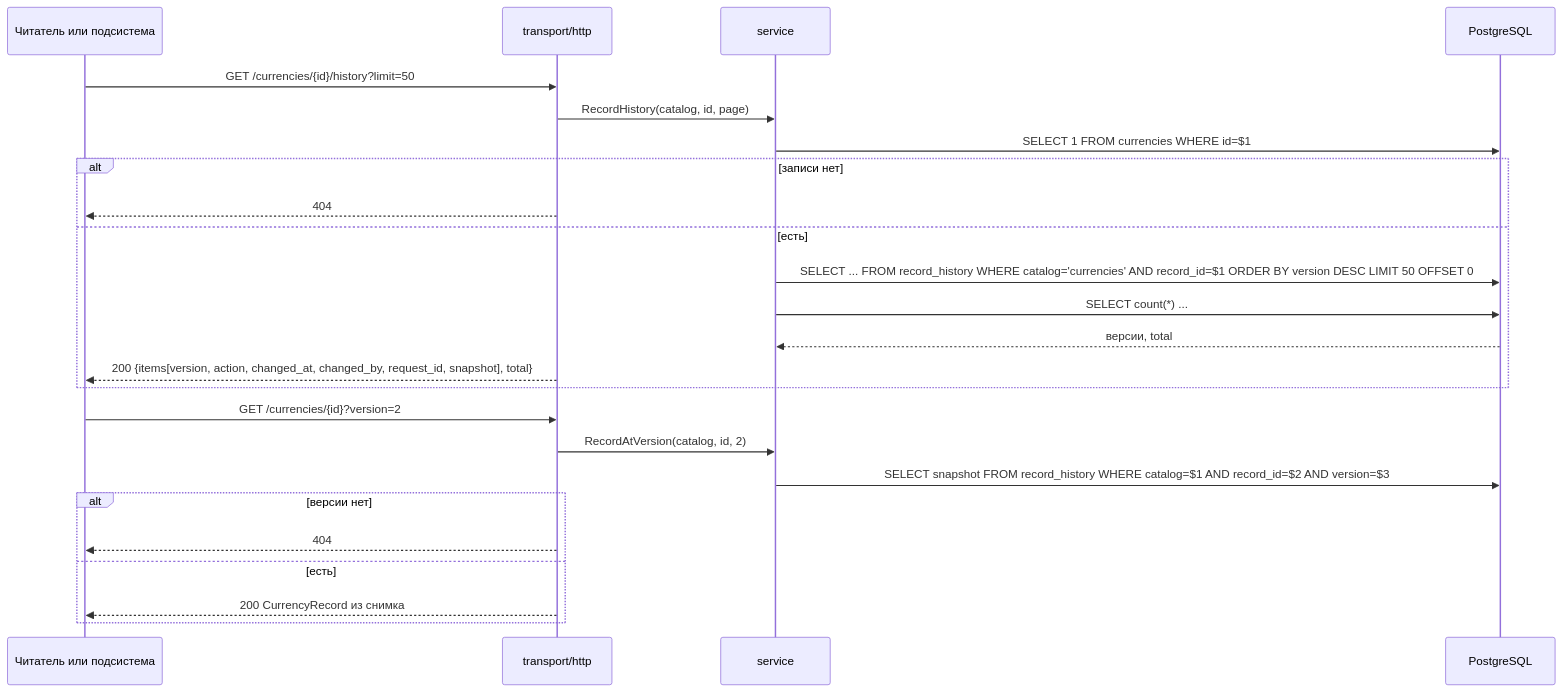
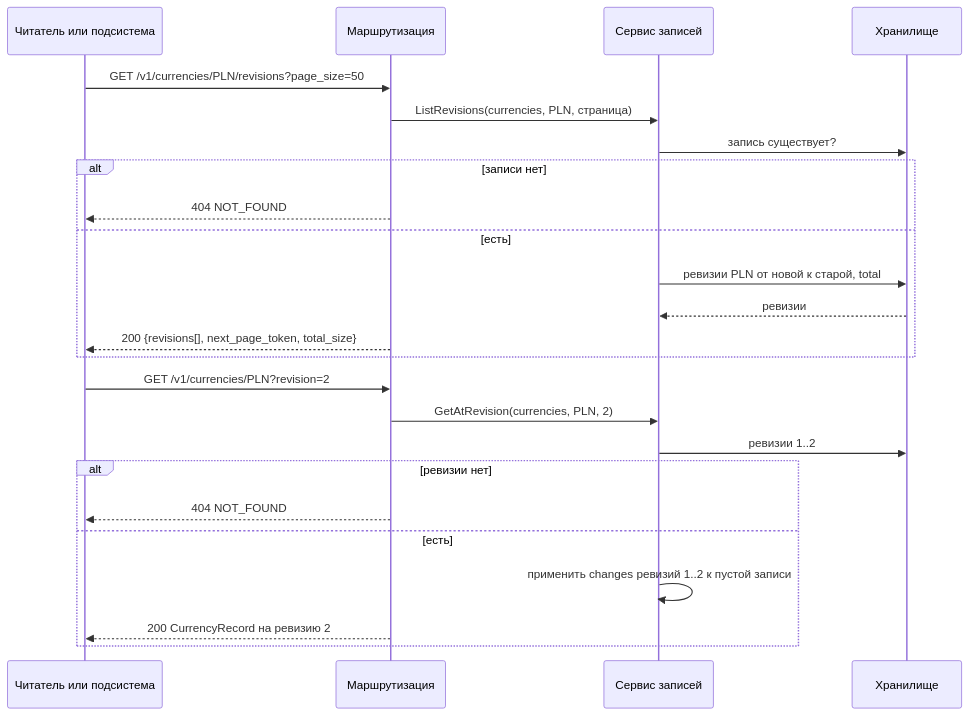
The seventh of 7 diagrams in reference-manager/docs/block-i-integration-and-deployment/155.sequence-diagrams.md (MEPhI-C22-501/arch-info-system-monorepo), drawn with Mermaid before and after one commit. The commit also changed other lines of this file and 30 other files, not shown here.

````diff
--- a/reference-manager/docs/block-i-integration-and-deployment/155.sequence-diagrams.md
+++ b/reference-manager/docs/block-i-integration-and-deployment/155.sequence-diagrams.md
@@ -227,26 +216,26 @@
 ```mermaid
 sequenceDiagram
     participant C as Читатель или подсистема
-    participant H as transport/http
-    participant S as service
-    participant DB as PostgreSQL
-    C->>H: GET /currencies/{id}/history?limit=50
-    H->>S: RecordHistory(catalog, id, page)
-    S->>DB: SELECT 1 FROM currencies WHERE id=$1
+    participant H as Маршрутизация
+    participant S as Сервис записей
+    participant R as Хранилище
+    C->>H: GET /v1/currencies/PLN/revisions?page_size=50
+    H->>S: ListRevisions(currencies, PLN, страница)
+    S->>R: запись существует?
     alt записи нет
-        H-->>C: 404
+        H-->>C: 404 NOT_FOUND
     else есть
-        S->>DB: SELECT ... FROM record_history WHERE catalog='currencies' AND record_id=$1 ORDER BY version DESC LIMIT 50 OFFSET 0
-        S->>DB: SELECT count(*) ...
-        DB-->>S: версии, total
-        H-->>C: 200 {items[version, action, changed_at, changed_by, request_id, snapshot], total}
+        S->>R: ревизии PLN от новой к старой, total
+        R-->>S: ревизии
+        H-->>C: 200 {revisions[], next_page_token, total_size}
     end
-    C->>H: GET /currencies/{id}?version=2
-    H->>S: RecordAtVersion(catalog, id, 2)
-    S->>DB: SELECT snapshot FROM record_history WHERE catalog=$1 AND record_id=$2 AND version=$3
-    alt версии нет
-        H-->>C: 404
+    C->>H: GET /v1/currencies/PLN?revision=2
+    H->>S: GetAtRevision(currencies, PLN, 2)
+    S->>R: ревизии 1..2
+    alt ревизии нет
+        H-->>C: 404 NOT_FOUND
     else есть
-        H-->>C: 200 CurrencyRecord из снимка
+        S->>S: применить changes ревизий 1..2 к пустой записи
+        H-->>C: 200 CurrencyRecord на ревизию 2
     end
 ```
````
